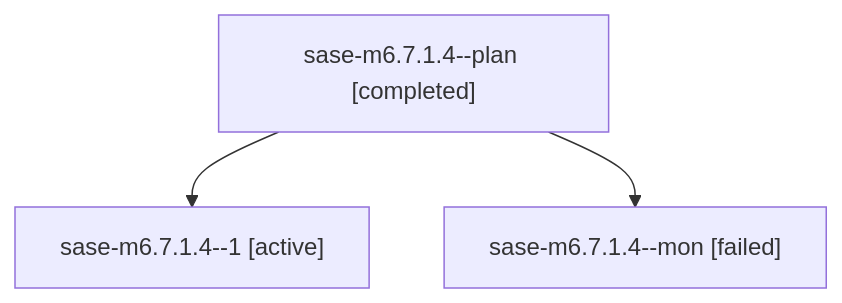
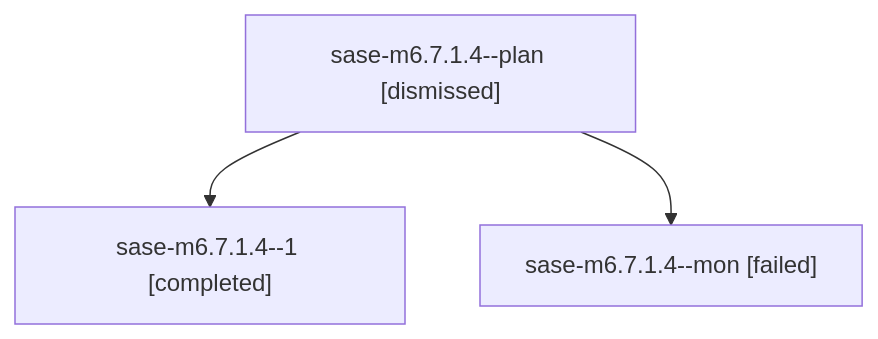
The diagram in families/bbugyi200.athena.sase-m6.7.1.4.md (sase-org/sase--agents), drawn with Mermaid before and after one commit. The commit also changed other lines of this file and 335 other files, not shown here.

````diff
--- a/families/bbugyi200.athena.sase-m6.7.1.4.md
+++ b/families/bbugyi200.athena.sase-m6.7.1.4.md
@@ -9,8 +9,8 @@
 ```mermaid
 flowchart TD
-  n0["sase-m6.7.1.4--plan [completed]"]
-  n1["sase-m6.7.1.4--1 [active]"]
+  n0["sase-m6.7.1.4--plan [dismissed]"]
+  n1["sase-m6.7.1.4--1 [completed]"]
   n0 --> n1
   n2["sase-m6.7.1.4--mon [failed]"]
   n0 --> n2
 ```
````
